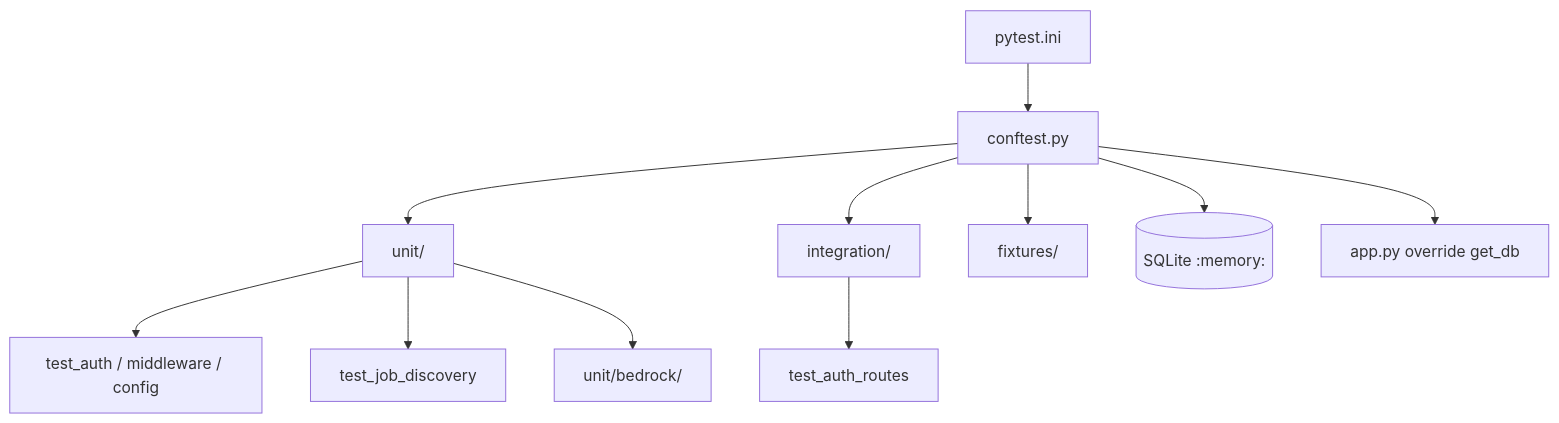
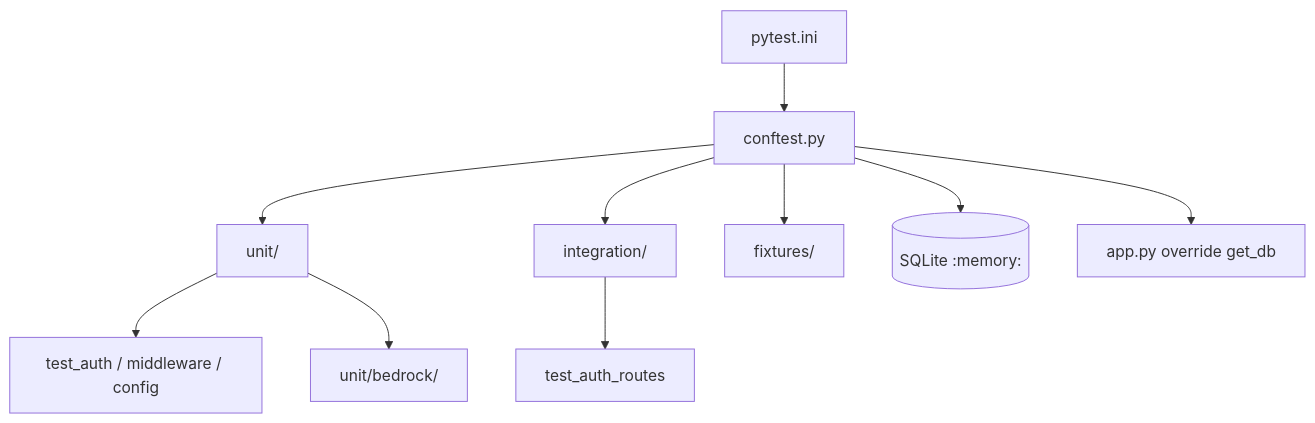
Before and after one commit to cjhirashi/cjhirashi-career: the diagram in cjhirashi-career-api/tests/README.md, drawn with Mermaid. The commit also changed 66 other files, not shown here.

````diff
--- a/cjhirashi-career-api/tests/README.md
+++ b/cjhirashi-career-api/tests/README.md
@@ -9,13 +9,12 @@
 ```mermaid
 flowchart TB
     Pytest[pytest.ini] --> Conf[conftest.py]
     Conf --> Unit[unit/]
     Conf --> Integ[integration/]
     Conf --> Fix[fixtures/]
     Unit --> Auth[test_auth / middleware / config]
-    Unit --> JD[test_job_discovery]
     Unit --> Bedrock[unit/bedrock/]
     Integ --> AuthR[test_auth_routes]
     Conf --> DB[(SQLite :memory:)]
     Conf --> App[app.py override get_db]
 ```
````
